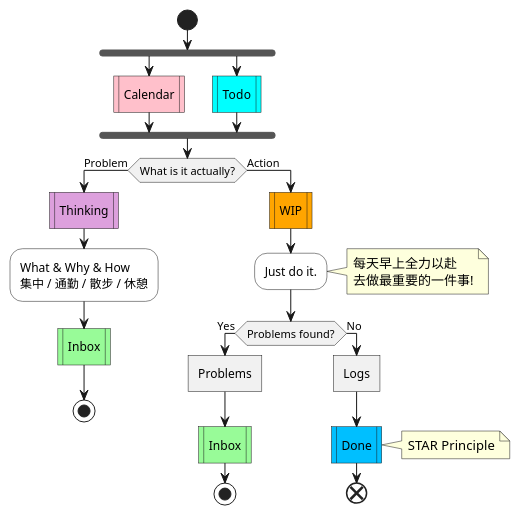
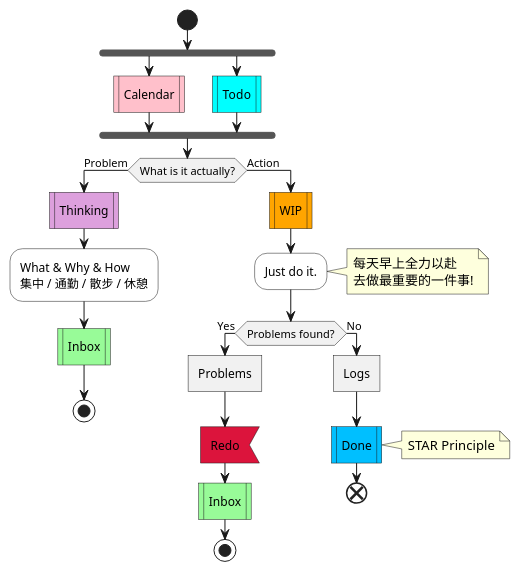
One commit to IceHe/icehe-lib changed the sixth of 9 diagrams in snips/principles/gtd.md. Above: the diagram before and after it, drawn with PlantUML. The commit also changed other lines of this file and 1 other file, not shown here.

````diff
--- a/snips/principles/gtd.md
+++ b/snips/principles/gtd.md
@@ -195,31 +195,32 @@
 ```plantuml
 @startuml
 start
 fork
     #pink:Calendar|
 fork again
     #aqua:Todo|
 end fork
 if (What is it actually?) then (Problem)
     #plum:Thinking|
     #white:What & Why & How\n集中 / 通勤 / 散步 / 休憩;
     'note right : What & Why & How
     #paleGreen:Inbox|
     stop
 else (Action)
     #orange:WIP|
     #white:Just do it.;
     note right : 每天早上全力以赴\n去做最重要的一件事!
     if (Problems found?) then (Yes)
         :Problems]
+        #crimson:Redo<
         #paleGreen:Inbox|
         stop
     else (No)
         :Logs]
         #deepSkyBlue:Done|
         note right : STAR Principle
         end
     endif
 endif
 @enduml
 ```
````
